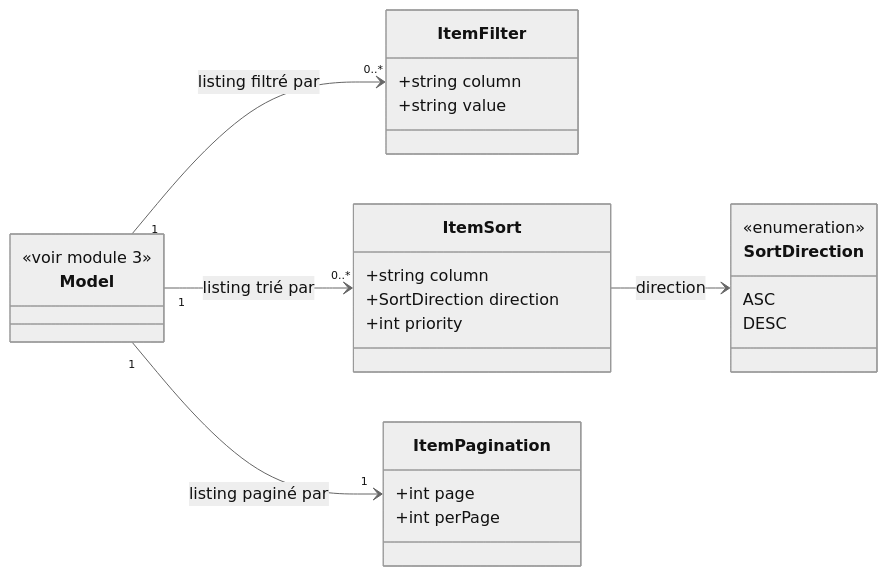
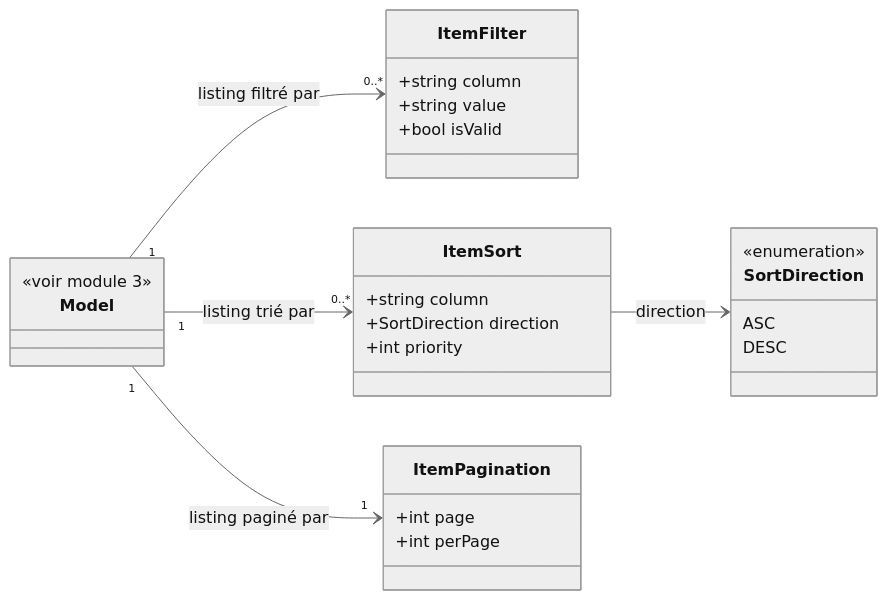
Before and after one commit to quatrebarbes/modelbase: the second of 2 diagrams in docs/sfd/4. Items.md, drawn with Mermaid (neutral theme). The commit also changed other lines of this file and 21 other files, not shown here.

````diff
--- a/docs/sfd/4. Items.md
+++ b/docs/sfd/4. Items.md
@@ -77,35 +77,36 @@
 ```mermaid
 classDiagram
     direction LR
 
     class Model {
         <<voir module 3>>
     }
 
     class ItemFilter {
         +string column
         +string value
+        +bool isValid
     }
 
     class ItemSort {
         +string column
         +SortDirection direction
         +int priority
     }
 
     class SortDirection {
         <<enumeration>>
         ASC
         DESC
     }
 
     class ItemPagination {
         +int page
         +int perPage
     }
 
     Model "1" --> "0..*" ItemFilter : listing filtré par
     Model "1" --> "0..*" ItemSort : listing trié par
     ItemSort --> SortDirection : direction
     Model "1" --> "1" ItemPagination : listing paginé par
 ```
````
